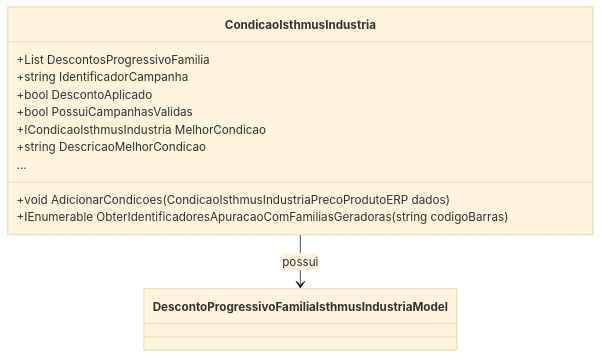
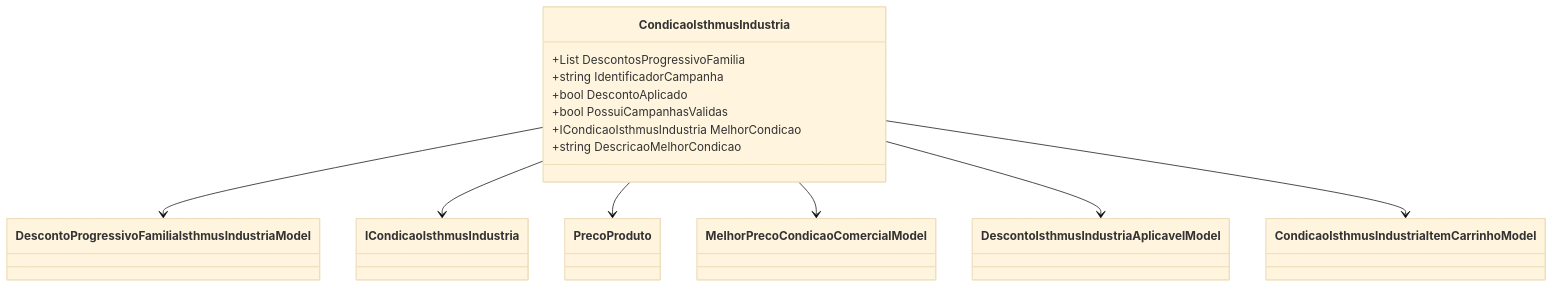
The third of 3 diagrams in docs/b2b-dominio/IsthmusWinthor.Nucleo/IsthmusWinthor.Dominio/POCO/Precos/IsthmusIndustrias/CondicaoIsthmusIndustria.md (IsthmusSistemas/documentacao-tecnica), drawn with Mermaid (base theme) before and after one commit. The commit also changed other lines of this file and 882 other files, not shown here.

````diff
--- a/docs/b2b-dominio/IsthmusWinthor.Nucleo/IsthmusWinthor.Dominio/POCO/Precos/IsthmusIndustrias/CondicaoIsthmusIndustria.md
+++ b/docs/b2b-dominio/IsthmusWinthor.Nucleo/IsthmusWinthor.Dominio/POCO/Precos/IsthmusIndustrias/CondicaoIsthmusIndustria.md
@@ -85,17 +93,17 @@
 ```mermaid
 classDiagram
     class CondicaoIsthmusIndustria {
         +List<DescontoProgressivoFamiliaIsthmusIndustriaModel> DescontosProgressivoFamilia
         +string IdentificadorCampanha
         +bool DescontoAplicado
         +bool PossuiCampanhasValidas
         +ICondicaoIsthmusIndustria MelhorCondicao
         +string DescricaoMelhorCondicao
-        +void AdicionarCondicoes(CondicaoIsthmusIndustriaPrecoProdutoERP dados)
-        +IEnumerable<string> ObterIdentificadoresApuracaoComFamiliasGeradoras(string codigoBarras)
-        ...
     }
-    class DescontoProgressivoFamiliaIsthmusIndustriaModel
-    
-    CondicaoIsthmusIndustria --> DescontoProgressivoFamiliaIsthmusIndustriaModel : possui
-``` 
+    CondicaoIsthmusIndustria --> DescontoProgressivoFamiliaIsthmusIndustriaModel
+    CondicaoIsthmusIndustria --> ICondicaoIsthmusIndustria
+    CondicaoIsthmusIndustria --> PrecoProduto
+    CondicaoIsthmusIndustria --> MelhorPrecoCondicaoComercialModel
+    CondicaoIsthmusIndustria --> DescontoIsthmusIndustriaAplicavelModel
+    CondicaoIsthmusIndustria --> CondicaoIsthmusIndustriaItemCarrinhoModel
+```
````
